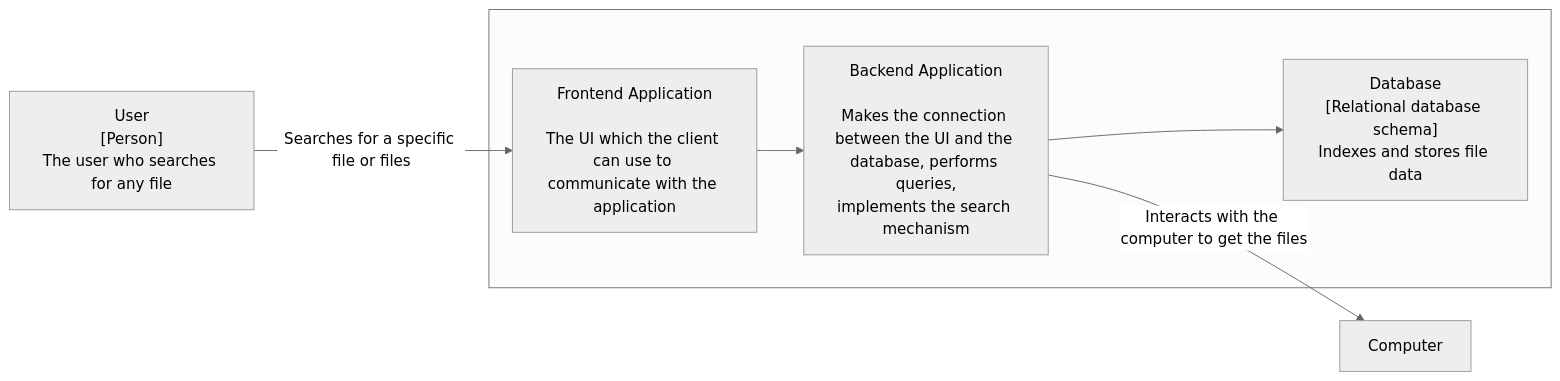
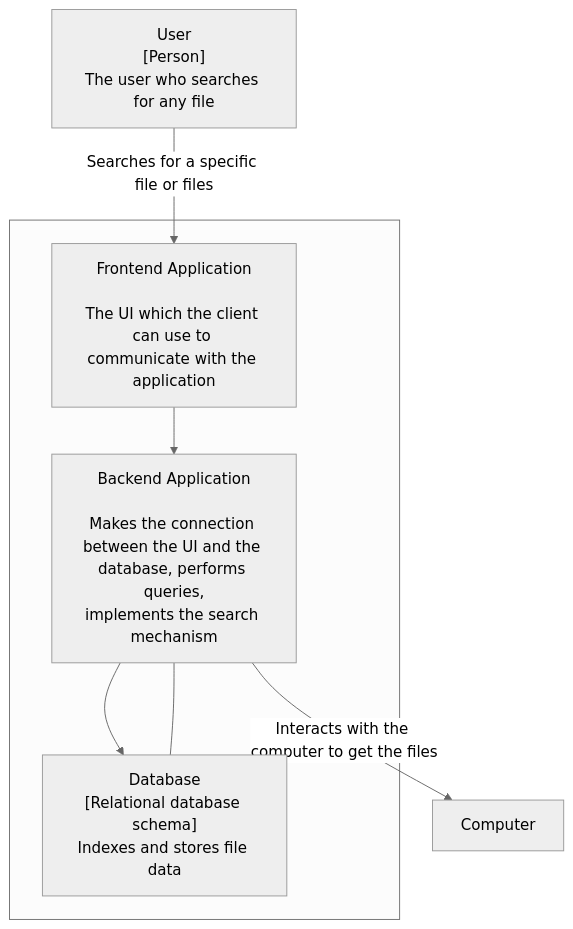
Before and after one commit to moldovanolimpiu/File-Search-Engine: the second of 2 diagrams in ARCHITECTURE.md, drawn with Mermaid (neutral theme).

````diff
--- a/ARCHITECTURE.md
+++ b/ARCHITECTURE.md
@@ -14,15 +14,16 @@
 ``` mermaid
 
-flowchart LR
+flowchart TD
     subgraph Group1[" "]
         A
         B
         C
     end
     D["User\n[Person]\nThe user who searches for any file"] -->|Searches for a specific file or files| C
     C["Frontend Application\n\nThe UI which the client can use to communicate with the application"] --> A["Backend Application\n\nMakes the connection between the UI and the database, performs queries,
 implements the search mechanism"]
     A --> B["Database\n[Relational database schema]\nIndexes and stores file data"]
     A -->|Interacts with the computer to get the files| E["Computer"]
+    A --- B
 
 ```
````
